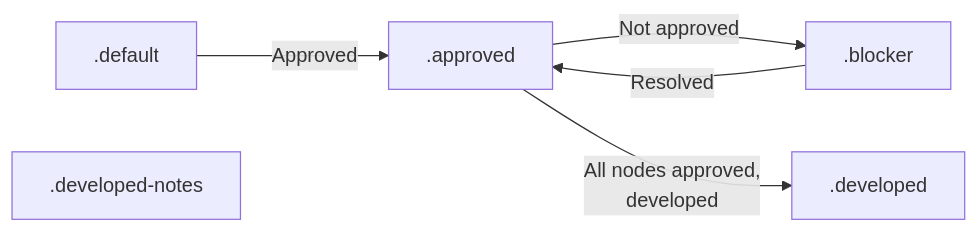
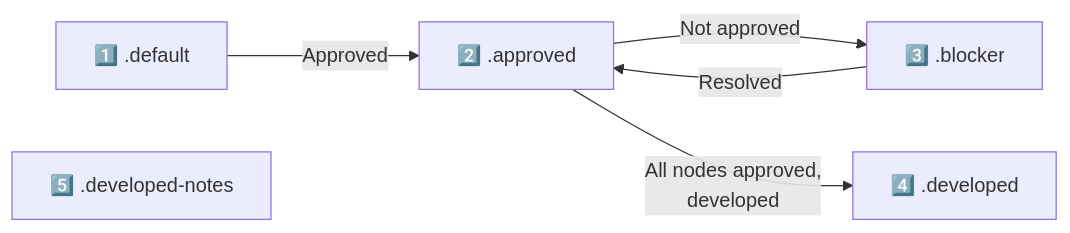
One commit to nonlinear/skills changed the diagram in contract-diagram/README.md. Above: the diagram before and after it, drawn with Mermaid. The commit also changed other lines of this file, not shown here.

Commit message:
Add emoji numbers to README legend nodes and color meanings

````diff
--- a/contract-diagram/README.md
+++ b/contract-diagram/README.md
@@ -9,13 +9,13 @@
 ```mermaid
 flowchart LR
-    DEFAULT[".default"]:::default
-    APPROVED[".approved"]:::approved
-    BLOCKER[".blocker"]:::blocker
-    DEVELOPED[".developed"]:::developed
-    DEVELOPED_NOTES[".developed-notes"]:::developed-notes
+    DEFAULT["1️⃣ .default"]:::default
+    APPROVED["2️⃣ .approved"]:::approved
+    BLOCKER["3️⃣ .blocker"]:::blocker
+    DEVELOPED["4️⃣ .developed"]:::developed
+    DEVELOPED_NOTES["5️⃣ .developed-notes"]:::developed-notes
     
     DEFAULT -->|"Approved"| APPROVED
     APPROVED -->|"Not approved"| BLOCKER
     BLOCKER -->|"Resolved"| APPROVED
     APPROVED -->|"All nodes approved,<br/>developed"| DEVELOPED
 ```
````
